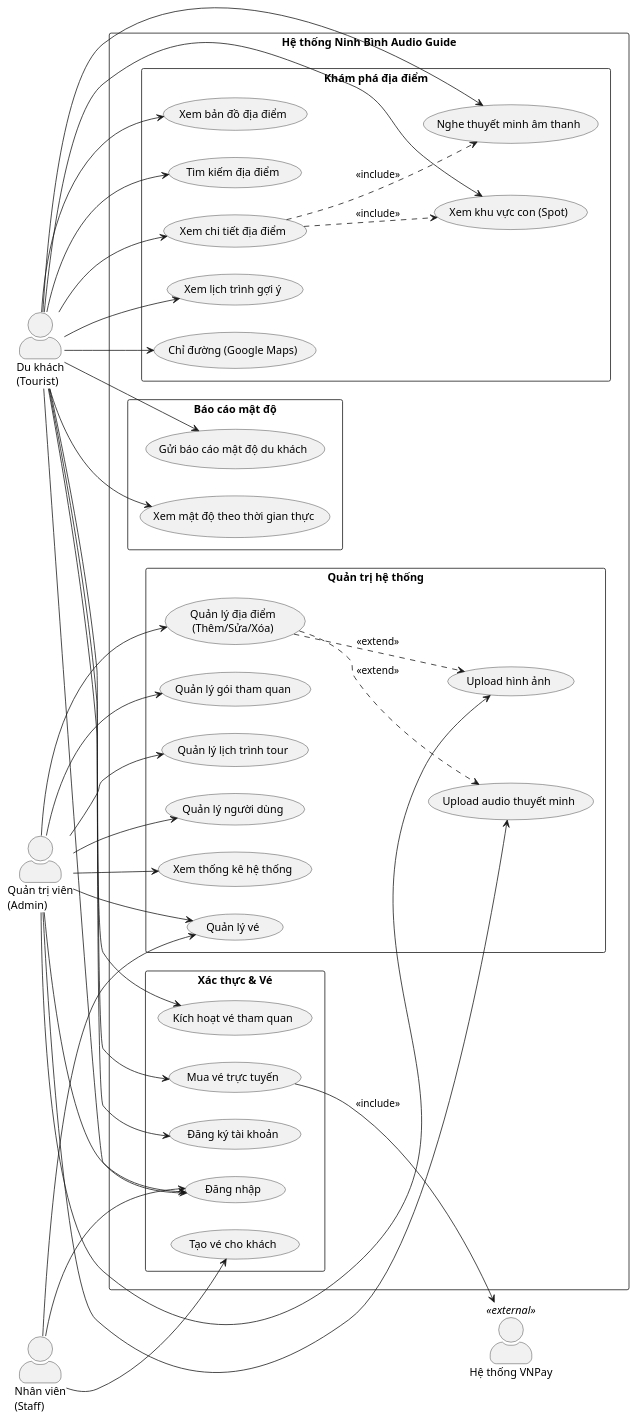
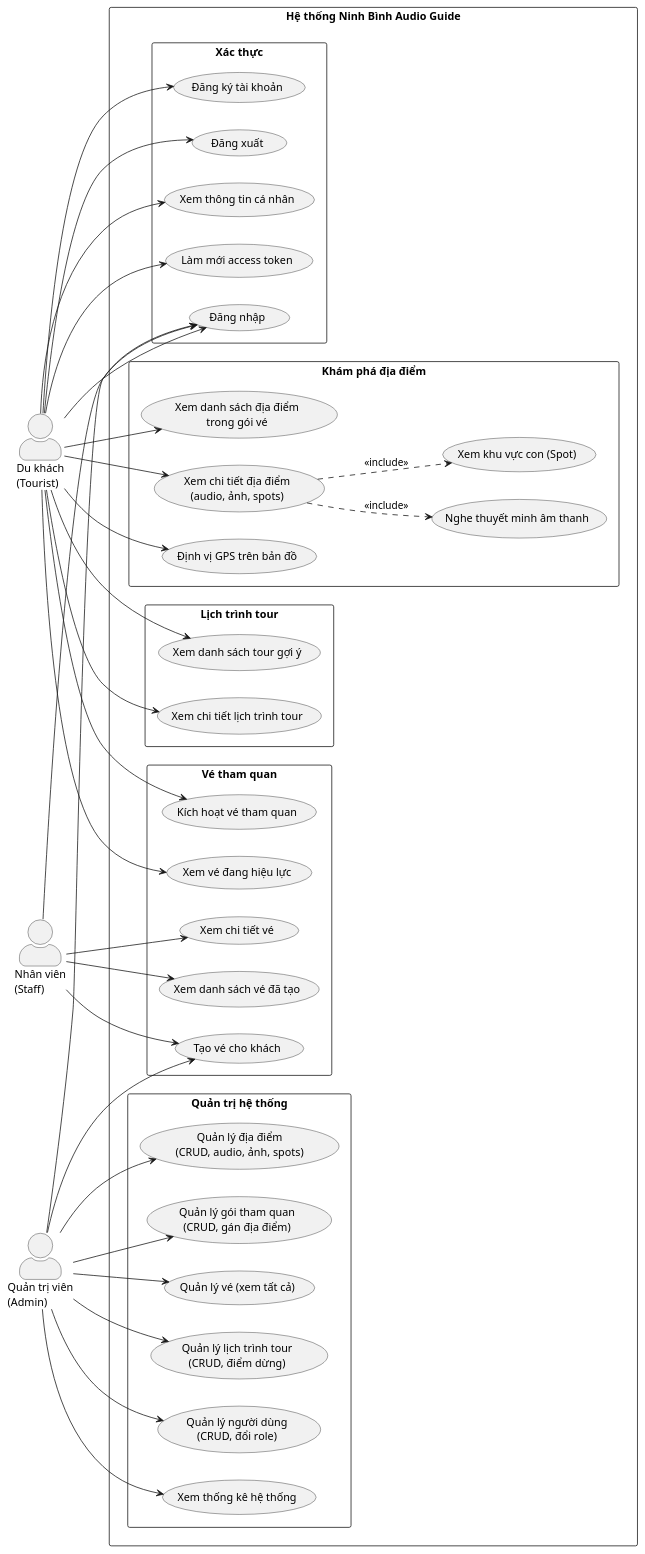
One commit to TungNguyen2k3/ninh_binh_guide changed the first of 5 diagrams in docs/CHUONG_2_THIET_KE.md. Above: the diagram before and after it, drawn with PlantUML. The commit also changed other lines of this file, not shown here.

First line of the commit message:
docs: rewrite Chapter 2 — remove fabricated features, describe only actual system

````diff
--- a/docs/CHUONG_2_THIET_KE.md
+++ b/docs/CHUONG_2_THIET_KE.md
@@ -19,64 +19,67 @@
 actor "Du khách\n(Tourist)" as Tourist
 actor "Nhân viên\n(Staff)" as Staff
 actor "Quản trị viên\n(Admin)" as Admin
-actor "Hệ thống VNPay" as VNPay <<external>>
 
 rectangle "Hệ thống Ninh Bình Audio Guide" {
 
-  package "Xác thực & Vé" {
+  package "Xác thực" {
     usecase "Đăng ký tài khoản" as UC_Register
     usecase "Đăng nhập" as UC_Login
+    usecase "Đăng xuất" as UC_Logout
+    usecase "Xem thông tin cá nhân" as UC_Me
+    usecase "Làm mới access token" as UC_Refresh
+  }
+
+  package "Vé tham quan" {
     usecase "Kích hoạt vé tham quan" as UC_Activate
-    usecase "Mua vé trực tuyến" as UC_BuyOnline
+    usecase "Xem vé đang hiệu lực" as UC_MyTicket
     usecase "Tạo vé cho khách" as UC_CreateTicket
+    usecase "Xem danh sách vé đã tạo" as UC_ListMyTickets
+    usecase "Xem chi tiết vé" as UC_TicketDetail
   }
 
   package "Khám phá địa điểm" {
-    usecase "Xem bản đồ địa điểm" as UC_Map
-    usecase "Tìm kiếm địa điểm" as UC_Search
-    usecase "Xem chi tiết địa điểm" as UC_Detail
+    usecase "Xem danh sách địa điểm\ntrong gói vé" as UC_Locations
+    usecase "Xem chi tiết địa điểm\n(audio, ảnh, spots)" as UC_Detail
     usecase "Nghe thuyết minh âm thanh" as UC_Audio
     usecase "Xem khu vực con (Spot)" as UC_Spot
-    usecase "Xem lịch trình gợi ý" as UC_Tour
-    usecase "Chỉ đường (Google Maps)" as UC_Direction
+    usecase "Định vị GPS trên bản đồ" as UC_GPS
   }
 
-  package "Báo cáo mật độ" {
-    usecase "Gửi báo cáo mật độ du khách" as UC_CrowdReport
-    usecase "Xem mật độ theo thời gian thực" as UC_CrowdView
+  package "Lịch trình tour" {
+    usecase "Xem danh sách tour gợi ý" as UC_Tours
+    usecase "Xem chi tiết lịch trình tour" as UC_TourDetail
   }
 
   package "Quản trị hệ thống" {
-    usecase "Quản lý địa điểm\n(Thêm/Sửa/Xóa)" as UC_ManageLocation
-    usecase "Quản lý gói tham quan" as UC_ManagePackage
-    usecase "Quản lý vé" as UC_ManageTicket
-    usecase "Quản lý lịch trình tour" as UC_ManageTour
-    usecase "Quản lý người dùng" as UC_ManageUser
+    usecase "Quản lý địa điểm\n(CRUD, audio, ảnh, spots)" as UC_ManageLocation
+    usecase "Quản lý gói tham quan\n(CRUD, gán địa điểm)" as UC_ManagePackage
+    usecase "Quản lý vé (xem tất cả)" as UC_ManageTicket
+    usecase "Quản lý lịch trình tour\n(CRUD, điểm dừng)" as UC_ManageTour
+    usecase "Quản lý người dùng\n(CRUD, đổi role)" as UC_ManageUser
     usecase "Xem thống kê hệ thống" as UC_Stats
-    usecase "Upload audio thuyết minh" as UC_UploadAudio
-    usecase "Upload hình ảnh" as UC_UploadImage
   }
 }
 
 ' Tourist associations
 Tourist --> UC_Register
 Tourist --> UC_Login
+Tourist --> UC_Logout
+Tourist --> UC_Refresh
+Tourist --> UC_Me
 Tourist --> UC_Activate
-Tourist --> UC_BuyOnline
-Tourist --> UC_Map
-Tourist --> UC_Search
+Tourist --> UC_MyTicket
+Tourist --> UC_Locations
 Tourist --> UC_Detail
-Tourist --> UC_Audio
-Tourist --> UC_Spot
-Tourist --> UC_Tour
-Tourist --> UC_Direction
-Tourist --> UC_CrowdReport
-Tourist --> UC_CrowdView
+Tourist --> UC_Tours
+Tourist --> UC_TourDetail
+Tourist --> UC_GPS
 
 ' Staff associations
 Staff --> UC_Login
 Staff --> UC_CreateTicket
-Staff --> UC_ManageTicket
+Staff --> UC_ListMyTickets
+Staff --> UC_TicketDetail
 
 ' Admin associations
 Admin --> UC_Login
@@ -86,17 +89,11 @@
 Admin --> UC_ManageTour
 Admin --> UC_ManageUser
 Admin --> UC_Stats
-Admin --> UC_UploadAudio
-Admin --> UC_UploadImage
+Admin --> UC_CreateTicket
 
-' External system
-UC_BuyOnline --> VNPay : <<include>>
-
-' Include/extend relationships
+' Include relationships
 UC_Detail ..> UC_Audio : <<include>>
 UC_Detail ..> UC_Spot : <<include>>
-UC_ManageLocation ..> UC_UploadAudio : <<extend>>
-UC_ManageLocation ..> UC_UploadImage : <<extend>>
 
 @enduml
 ```
````
